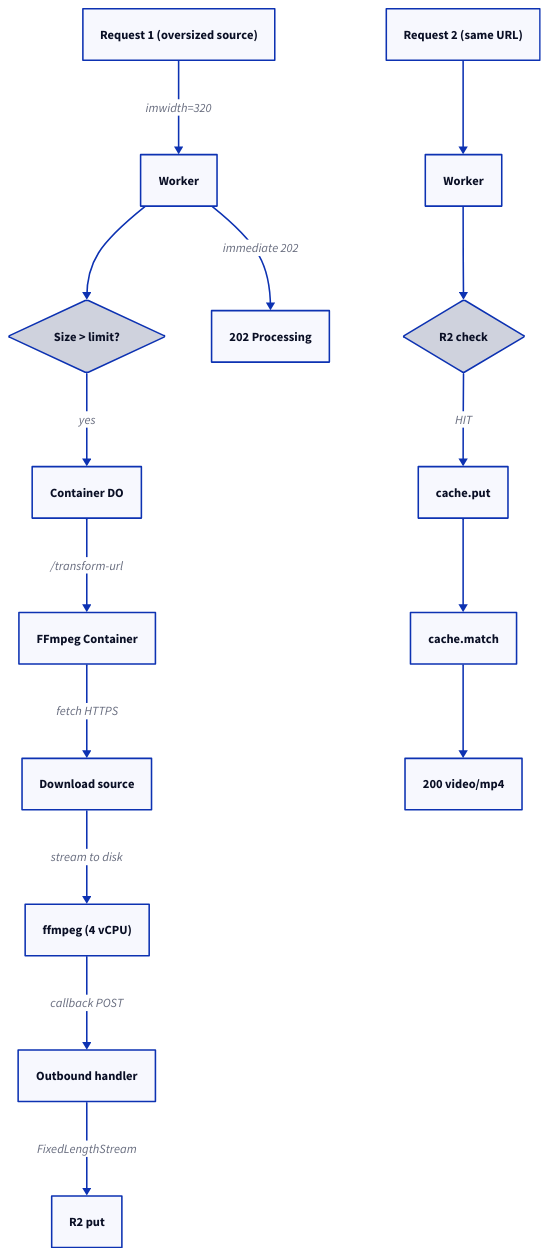
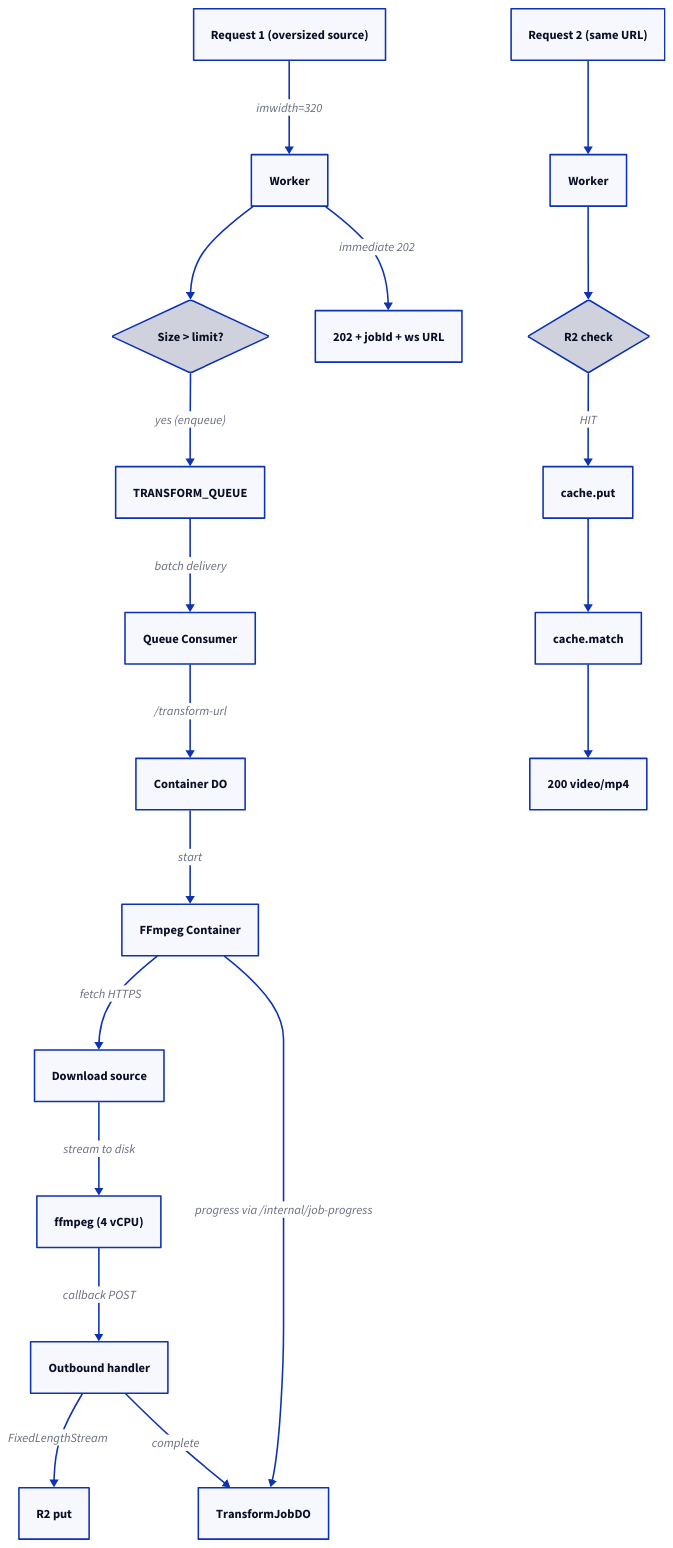
One commit to erfianugrah/lexicanum changed the third of 5 diagrams in src/content/docs/reference/media-transformation-architecture.mdx. Above: the diagram before and after it, drawn with D2. The commit also changed other lines of this file, not shown here.

````diff
--- a/src/content/docs/reference/media-transformation-architecture.mdx
+++ b/src/content/docs/reference/media-transformation-architecture.mdx
@@ -743,41 +787,48 @@
 ```d2
 direction: down
 
 req1: Request 1 (oversized source)
 worker1: Worker
 sizecheck: Size > limit? {
   shape: diamond
 }
+queue: TRANSFORM_QUEUE
+consumer: Queue Consumer
 container_do: Container DO
 container: FFmpeg Container
-client1: 202 Processing
+client1: 202 + jobId + ws URL
 download: Download source
 ffmpeg: ffmpeg (4 vCPU)
 outbound: Outbound handler
 r2store: R2 put
+jobdo: TransformJobDO
 
 req1 -> worker1: imwidth=320
 worker1 -> sizecheck
-sizecheck -> container_do: yes
+sizecheck -> queue: yes (enqueue)
 worker1 -> client1: immediate 202
-container_do -> container: /transform-url
+queue -> consumer: batch delivery
+consumer -> container_do: /transform-url
+container_do -> container: start
 container -> download: fetch HTTPS
+container -> jobdo: progress via /internal/job-progress
 download -> ffmpeg: stream to disk
 ffmpeg -> outbound: callback POST
 outbound -> r2store: FixedLengthStream
+outbound -> jobdo: complete
 
 req2: Request 2 (same URL)
 worker2: Worker
 r2check: R2 check {
   shape: diamond
 }
 cacheput: cache.put
 cachematch: cache.match
 client2: 200 video/mp4
 
 req2 -> worker2
 worker2 -> r2check
 r2check -> cacheput: HIT
 cacheput -> cachematch
 cachematch -> client2
 ```
````
